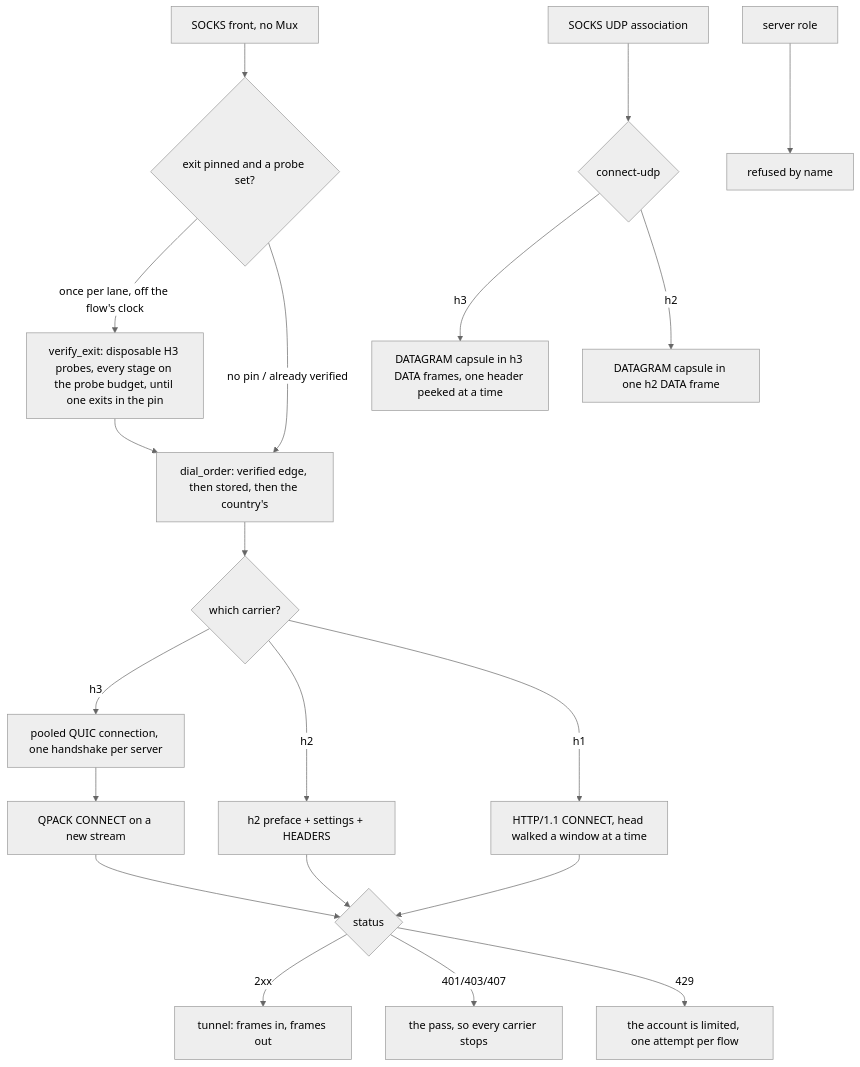
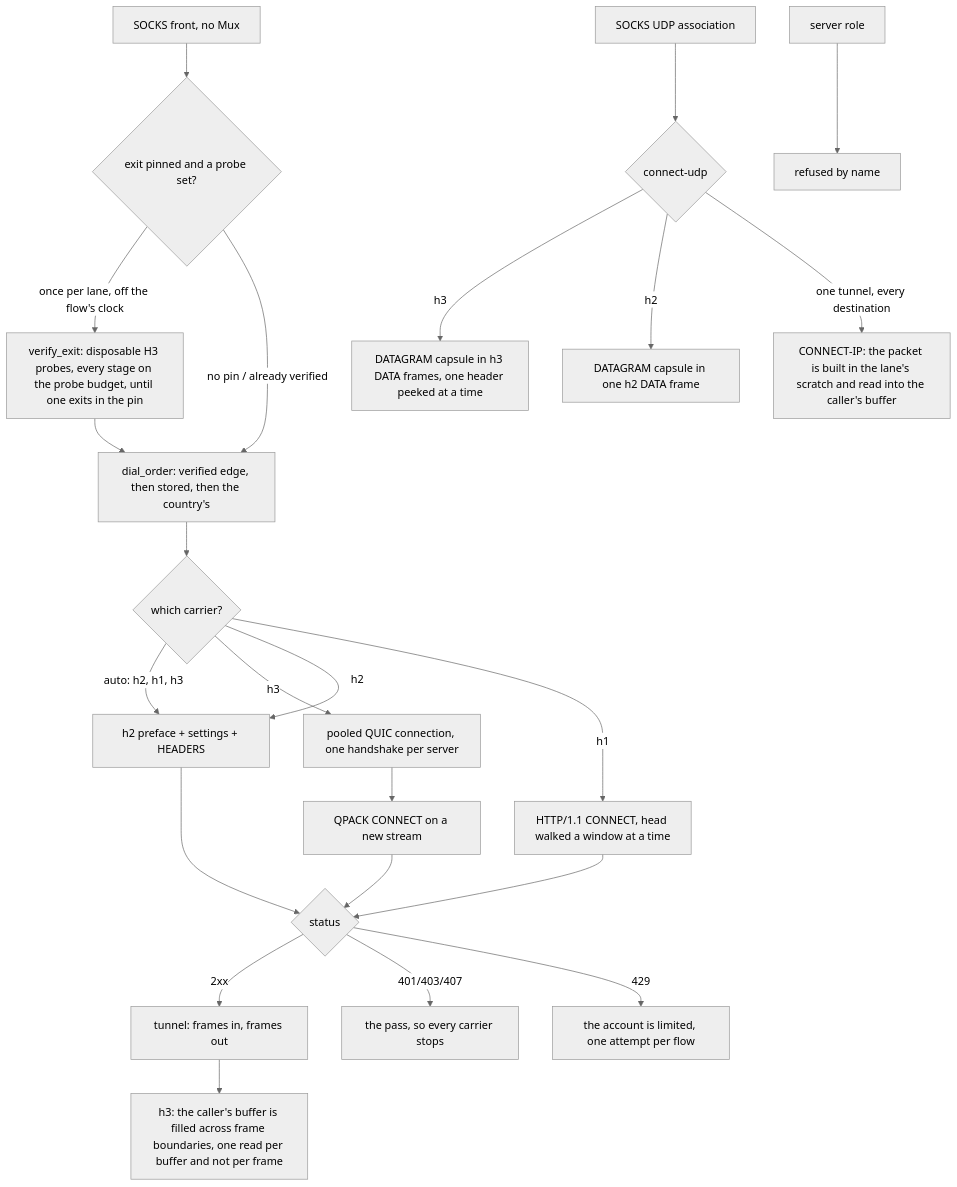
One commit to Ferrocite/ferrox changed the diagram in docs/function/carrier-foxy.md. Above: the diagram before and after it, drawn with Mermaid (neutral theme). The commit also changed other lines of this file and 14 other files, not shown here.

First line of the commit message:
foxy: a buffer per packet goes, and a recvfrom per datagram (#301)

````diff
--- a/docs/function/carrier-foxy.md
+++ b/docs/function/carrier-foxy.md
@@ -20,22 +20,25 @@
 ```mermaid
 graph TD
     S["SOCKS front, no Mux"] --> V{"exit pinned and a probe set?"}
     V -- "once per lane, off the flow's clock" --> P["verify_exit: disposable H3 probes, every stage on the probe budget, until one exits in the pin"]
     P --> O["dial_order: verified edge, then stored, then the country's"]
     V -- "no pin / already verified" --> O
     O --> T{"which carrier?"}
+    T -- "auto: h2, h1, h3" --> G
     T -- h3 --> Pq["pooled QUIC connection, one handshake per server"]
     Pq --> H["QPACK CONNECT on a new stream"]
     T -- h2 --> G["h2 preface + settings + HEADERS"]
     T -- h1 --> L["HTTP/1.1 CONNECT, head walked a window at a time"]
     H --> R{"status"}
     G --> R
     L --> R
     R -- 2xx --> D["tunnel: frames in, frames out"]
+    D --> D2["h3: the caller's buffer is filled across frame boundaries, one read per buffer and not per frame"]
     R -- 401/403/407 --> X["the pass, so every carrier stops"]
     R -- 429 --> Y["the account is limited, one attempt per flow"]
     U["SOCKS UDP association"] --> Q{"connect-udp"}
     Q -- h3 --> C["DATAGRAM capsule in h3 DATA frames, one header peeked at a time"]
     Q -- h2 --> E["DATAGRAM capsule in one h2 DATA frame"]
+    Q -- "one tunnel, every destination" --> I["CONNECT-IP: the packet is built in the lane's scratch and read into the caller's buffer"]
     H2S["server role"] --> N["refused by name"]
 ```
````
